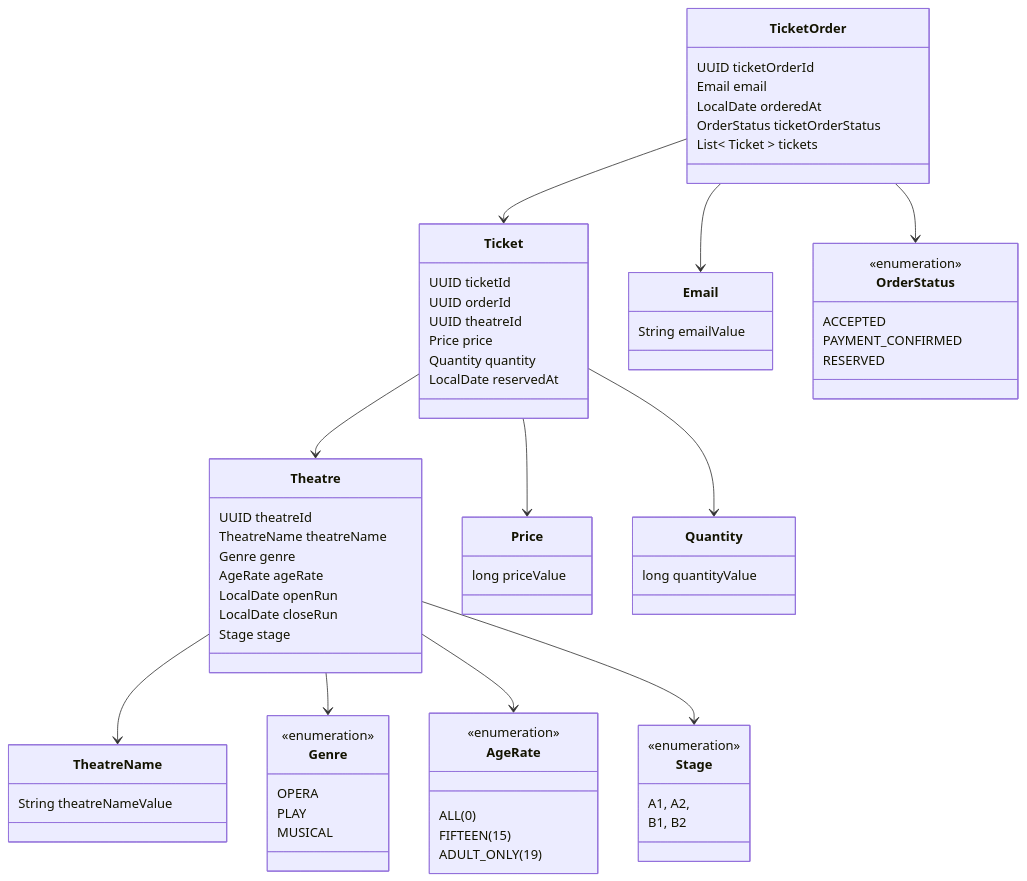
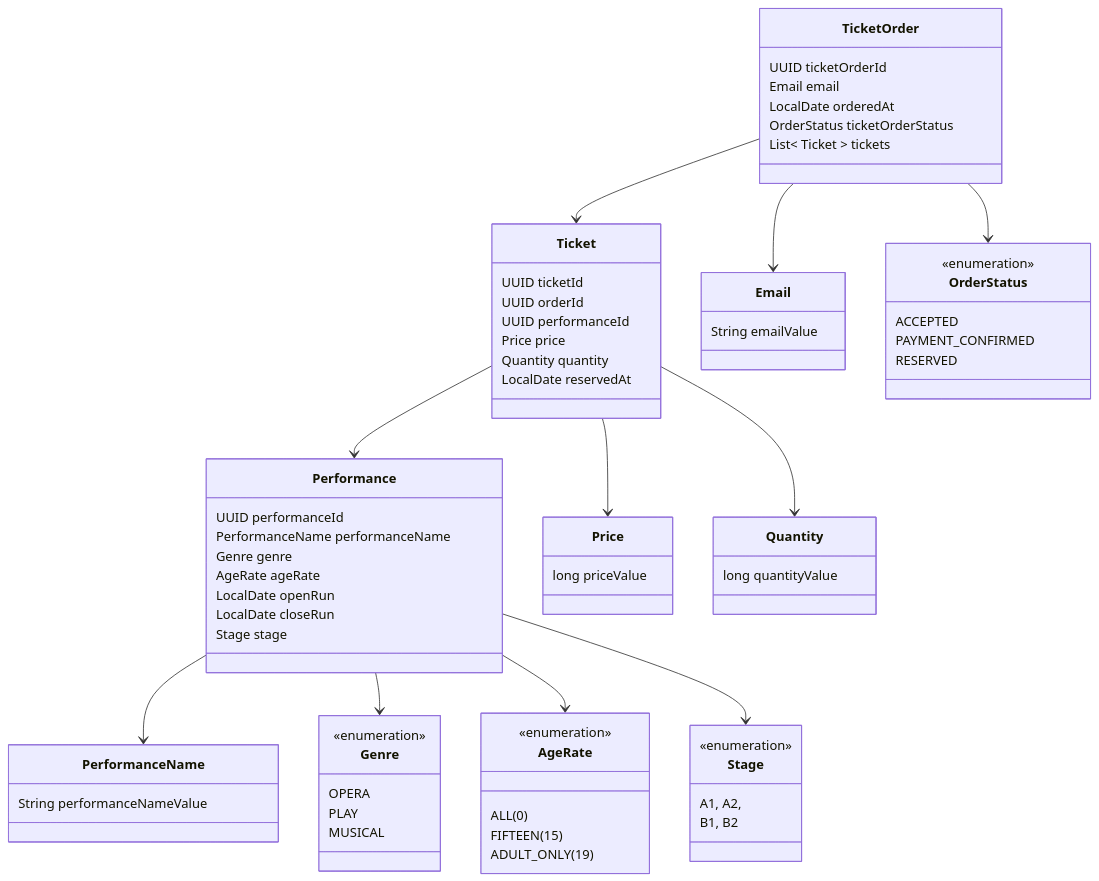
One commit to SY97P/Theatre_Manager_SpringBoot changed the diagram in summary/domain_relation.mermaid. Above: the diagram before and after it, drawn with Mermaid. The commit also changed 120 other files, not shown here.

```diff
--- a/summary/domain_relation.mermaid
+++ b/summary/domain_relation.mermaid
@@ -1,89 +1,89 @@
 classDiagram
 
-    %% domain Theatre
-    class Theatre {
-        UUID theatreId
-        TheatreName theatreName
+    %% domain Performance
+    class Performance {
+        UUID performanceId
+        PerformanceName performanceName
         Genre genre
         AgeRate ageRate
         LocalDate openRun
         LocalDate closeRun
         Stage stage
     }
 
-    class TheatreName {
-        String theatreNameValue
+    class PerformanceName {
+        String performanceNameValue
     }
 
     class Genre {
         <<enumeration>>
         OPERA
         PLAY
         MUSICAL
     }
 
     class AgeRate {
         <<enumeration>>
         ALL(0)
         FIFTEEN(15)
         ADULT_ONLY(19)
     }
 
     class Stage {
         <<enumeration>>
         A1, A2,
         B1, B2
     }
 
-    Theatre --> TheatreName
-    Theatre --> Genre
-    Theatre --> AgeRate
-    Theatre --> Stage
+    Performance --> PerformanceName
+    Performance --> Genre
+    Performance --> AgeRate
+    Performance --> Stage
 
     %% domain Ticket
     class Ticket {
         UUID ticketId
         UUID orderId
-        UUID theatreId
+        UUID performanceId
         Price price
         Quantity quantity
         LocalDate reservedAt
     }
 
     class Price {
         long priceValue
     }
 
     class Quantity {
         long quantityValue
     }
 
     Ticket --> Price
     Ticket --> Quantity
 
     %% domain TicketOrder
     class TicketOrder {
         UUID ticketOrderId
         Email email
         LocalDate orderedAt
         OrderStatus ticketOrderStatus
         List< Ticket > tickets
     }
 
     class Email {
         String emailValue
     }
 
     class OrderStatus {
         <<enumeration>>
         ACCEPTED
         PAYMENT_CONFIRMED
         RESERVED
     }
 
     TicketOrder --> Email
     TicketOrder --> OrderStatus
 
     TicketOrder --> Ticket
 
-    Ticket --> Theatre
+    Ticket --> Performance
```
